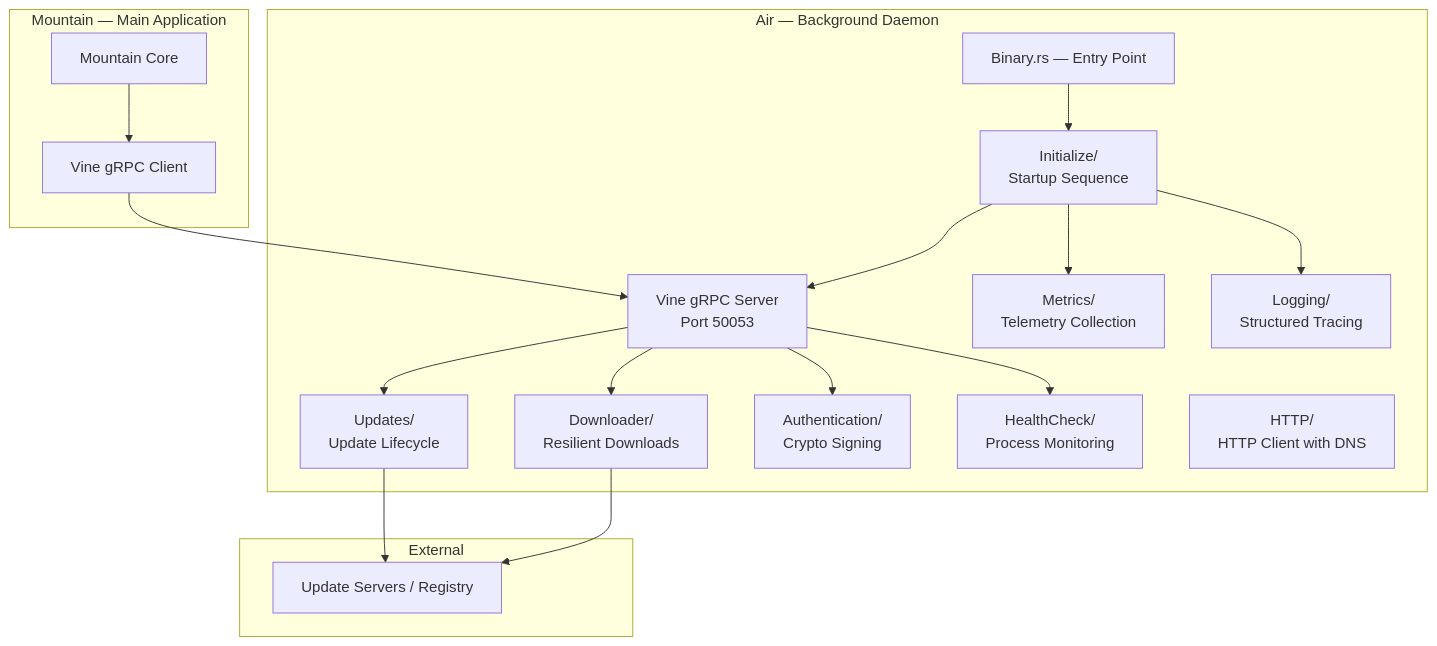
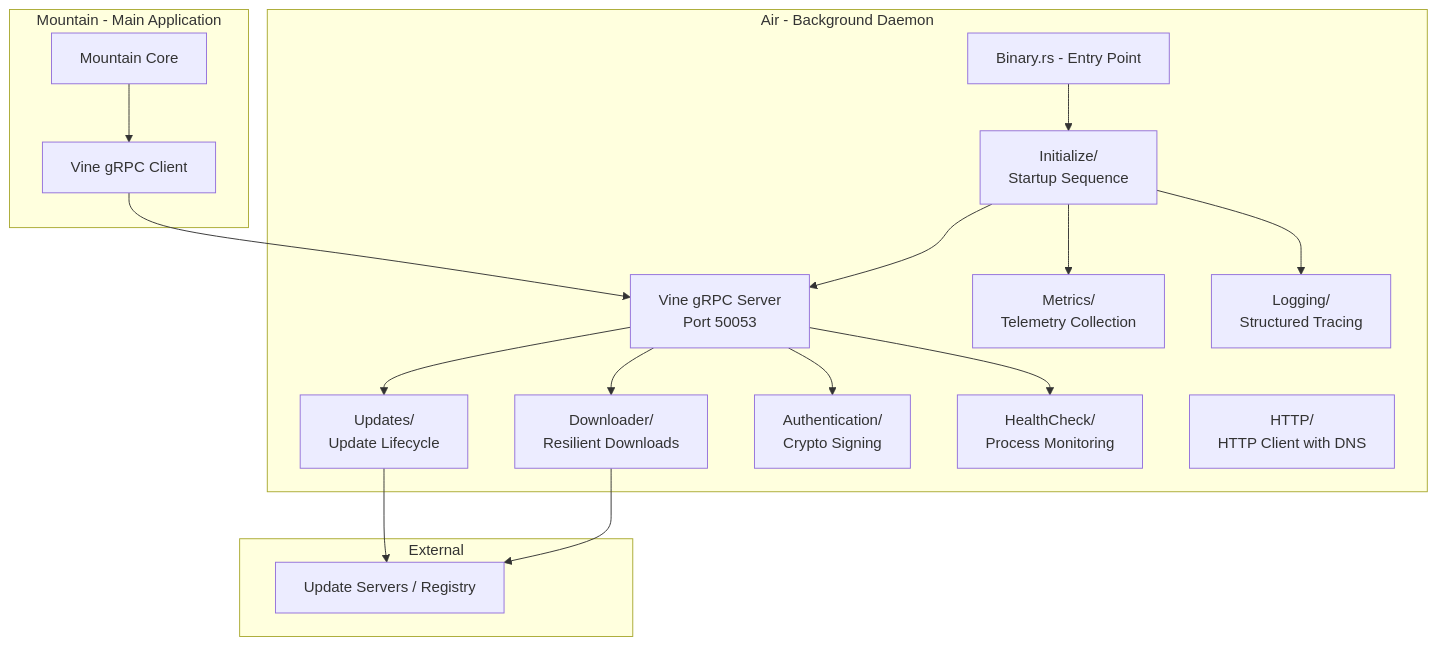
One commit to CodeEditorLand/Air changed the first of 2 diagrams in Documentation/GitHub/DeepDive.md. Above: the diagram before and after it, drawn with Mermaid. The commit also changed other lines of this file and 2 other files, not shown here.

Commit message:
style(Air): Replace em-dashes with ASCII dashes
Replace em-dashes (—, U+2014) with regular ASCII dashes (-, U+002D) across the CHANGELOG.md, Documentation/GitHub/DeepDive.md, and Source/DevLog.rs.

This ensures consistent ASCII-only formatting throughout the Air element's documentation and source comments, improving compatibility with various markdown processors and rendering systems.

````diff
--- a/Documentation/GitHub/DeepDive.md
+++ b/Documentation/GitHub/DeepDive.md
@@ -16,37 +16,37 @@
 ```mermaid
 graph TB
-    subgraph "Air — Background Daemon"
-        Binary["Binary.rs — Entry Point"]
+    subgraph "Air - Background Daemon"
+        Binary["Binary.rs - Entry Point"]
         VineServer["Vine gRPC Server\nPort 50053"]
         UpdateMgr["Updates/\nUpdate Lifecycle"]
         Downloader["Downloader/\nResilient Downloads"]
         AuthService["Authentication/\nCrypto Signing"]
         HealthCheck["HealthCheck/\nProcess Monitoring"]
         Metrics["Metrics/\nTelemetry Collection"]
         HTTP["HTTP/\nHTTP Client with DNS"]
         Initialize["Initialize/\nStartup Sequence"]
         Logging["Logging/\nStructured Tracing"]
     end
 
-    subgraph "Mountain — Main Application"
+    subgraph "Mountain - Main Application"
         MountainCore["Mountain Core"]
         VineClient["Vine gRPC Client"]
     end
 
     subgraph "External"
         Cloud["Update Servers / Registry"]
     end
 
     MountainCore --> VineClient
     VineClient --> VineServer
     VineServer --> UpdateMgr
     VineServer --> Downloader
     VineServer --> AuthService
     VineServer --> HealthCheck
     UpdateMgr --> Cloud
     Downloader --> Cloud
     Binary --> Initialize
     Initialize --> VineServer
     Initialize --> Logging
     Initialize --> Metrics
 ```
````
